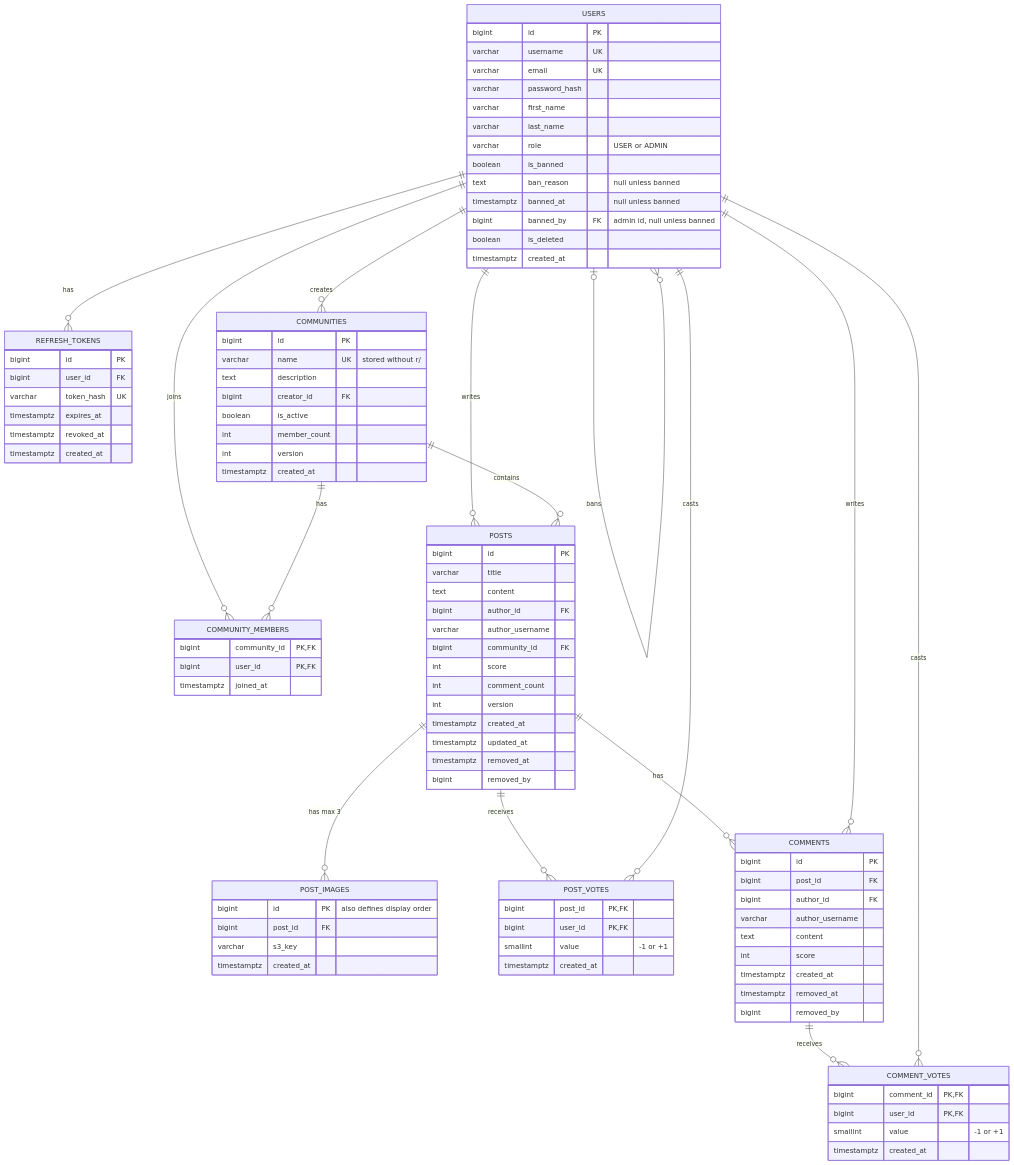
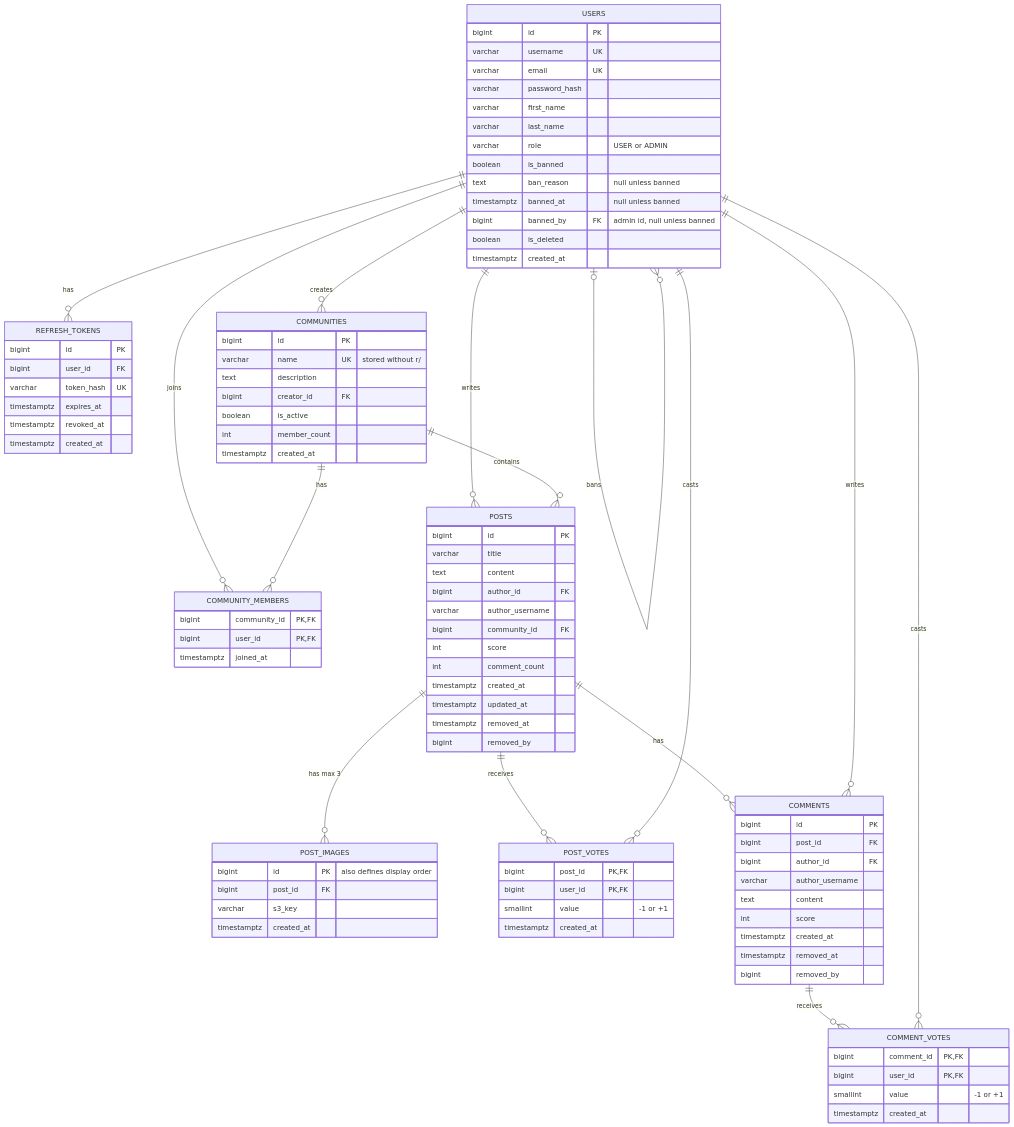
One commit to Levi9-Praksa-2026/levi9-praksa-2026 changed the diagram in docs/Base.mermaid. Above: the diagram before and after it, drawn with Mermaid. The commit also changed 7 other files, not shown here.

```diff
--- a/docs/Base.mermaid
+++ b/docs/Base.mermaid
@@ -1,98 +1,96 @@
 erDiagram
     USERS {
         bigint id PK
         varchar username UK
         varchar email UK
         varchar password_hash
         varchar first_name
         varchar last_name
         varchar role "USER or ADMIN"
         boolean is_banned
         text ban_reason "null unless banned"
         timestamptz banned_at "null unless banned"
         bigint banned_by FK "admin id, null unless banned"
         boolean is_deleted
         timestamptz created_at
     }
     REFRESH_TOKENS {
         bigint id PK
         bigint user_id FK
         varchar token_hash UK
         timestamptz expires_at
         timestamptz revoked_at
         timestamptz created_at
     }
     COMMUNITIES {
         bigint id PK
         varchar name UK "stored without r/"
         text description
         bigint creator_id FK
         boolean is_active
         int member_count
-        int version
         timestamptz created_at
     }
     COMMUNITY_MEMBERS {
         bigint community_id PK, FK
         bigint user_id PK, FK
         timestamptz joined_at
     }
     POSTS {
         bigint id PK
         varchar title
         text content
         bigint author_id FK
         varchar author_username
         bigint community_id FK
         int score
         int comment_count
-        int version
         timestamptz created_at
         timestamptz updated_at
         timestamptz removed_at
         bigint removed_by
     }
     POST_IMAGES {
         bigint id PK "also defines display order"
         bigint post_id FK
         varchar s3_key
         timestamptz created_at
     }
     POST_VOTES {
         bigint post_id PK, FK
         bigint user_id PK, FK
         smallint value "-1 or +1"
         timestamptz created_at
     }
     COMMENTS {
         bigint id PK
         bigint post_id FK
         bigint author_id FK
         varchar author_username
         text content
         int score
         timestamptz created_at
         timestamptz removed_at
         bigint removed_by
     }
     COMMENT_VOTES {
         bigint comment_id PK, FK
         bigint user_id PK, FK
         smallint value "-1 or +1"
         timestamptz created_at
     }
 
     USERS |o--o{ USERS : "bans"
     USERS ||--o{ REFRESH_TOKENS : "has"
     USERS ||--o{ COMMUNITIES : "creates"
     USERS ||--o{ COMMUNITY_MEMBERS : "joins"
     COMMUNITIES ||--o{ COMMUNITY_MEMBERS : "has"
     USERS ||--o{ POSTS : "writes"
     COMMUNITIES ||--o{ POSTS : "contains"
     POSTS ||--o{ POST_IMAGES : "has max 3"
     POSTS ||--o{ POST_VOTES : "receives"
     USERS ||--o{ POST_VOTES : "casts"
     POSTS ||--o{ COMMENTS : "has"
     USERS ||--o{ COMMENTS : "writes"
     COMMENTS ||--o{ COMMENT_VOTES : "receives"
     USERS ||--o{ COMMENT_VOTES : "casts"
```
